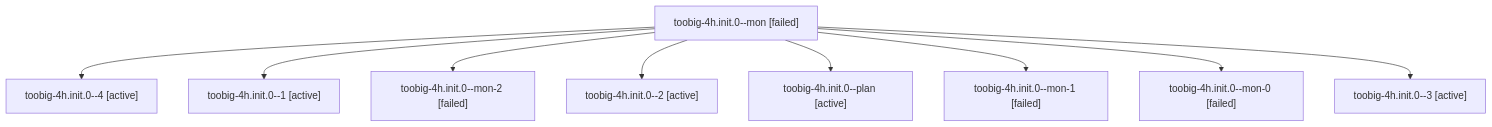
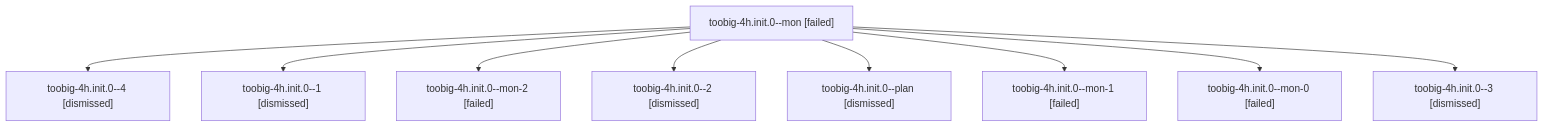
Before and after one commit to sase-org/sase--agents: the diagram in sessions/bbugyi200.athena.toobig-4h.init.0.md, drawn with Mermaid. The commit also changed other lines of this file and 73 other files, not shown here.

````diff
--- a/sessions/bbugyi200.athena.toobig-4h.init.0.md
+++ b/sessions/bbugyi200.athena.toobig-4h.init.0.md
@@ -9,20 +9,20 @@
 ```mermaid
 flowchart TD
   n0["toobig-4h.init.0--mon [failed]"]
-  n1["toobig-4h.init.0--4 [active]"]
+  n1["toobig-4h.init.0--4 [dismissed]"]
   n0 --> n1
-  n2["toobig-4h.init.0--1 [active]"]
+  n2["toobig-4h.init.0--1 [dismissed]"]
   n0 --> n2
   n3["toobig-4h.init.0--mon-2 [failed]"]
   n0 --> n3
-  n4["toobig-4h.init.0--2 [active]"]
+  n4["toobig-4h.init.0--2 [dismissed]"]
   n0 --> n4
-  n5["toobig-4h.init.0--plan [active]"]
+  n5["toobig-4h.init.0--plan [dismissed]"]
   n0 --> n5
   n6["toobig-4h.init.0--mon-1 [failed]"]
   n0 --> n6
   n7["toobig-4h.init.0--mon-0 [failed]"]
   n0 --> n7
-  n8["toobig-4h.init.0--3 [active]"]
+  n8["toobig-4h.init.0--3 [dismissed]"]
   n0 --> n8
 ```
````
